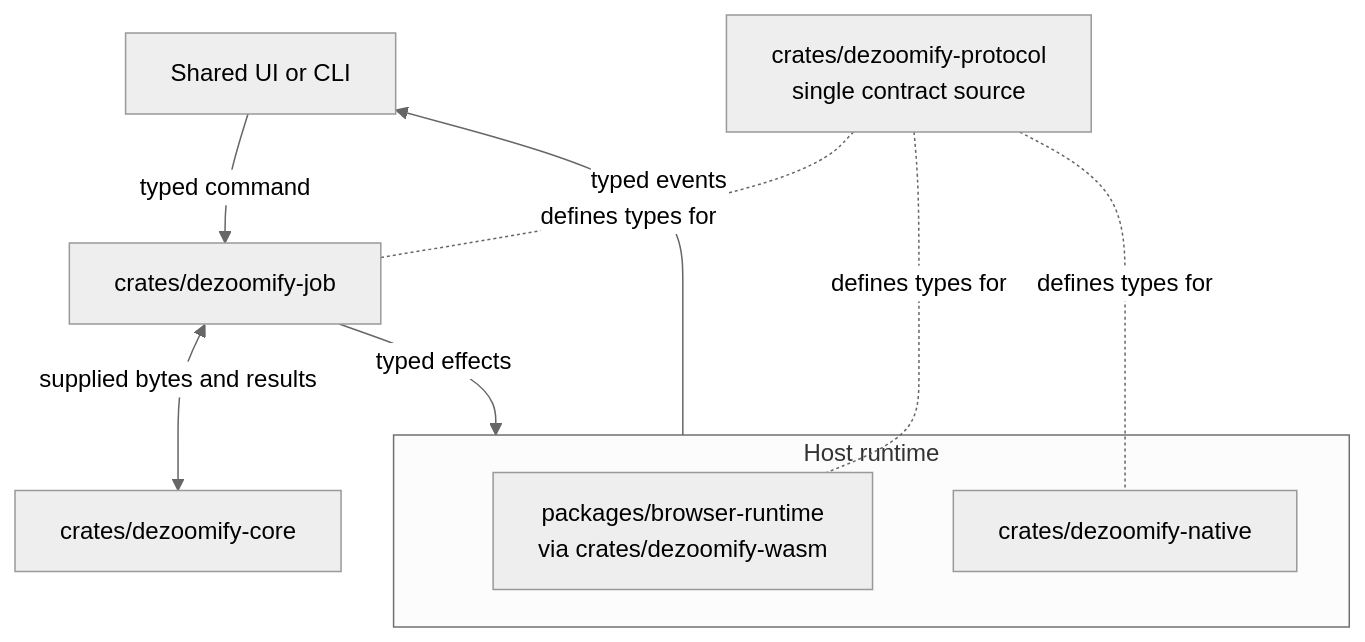
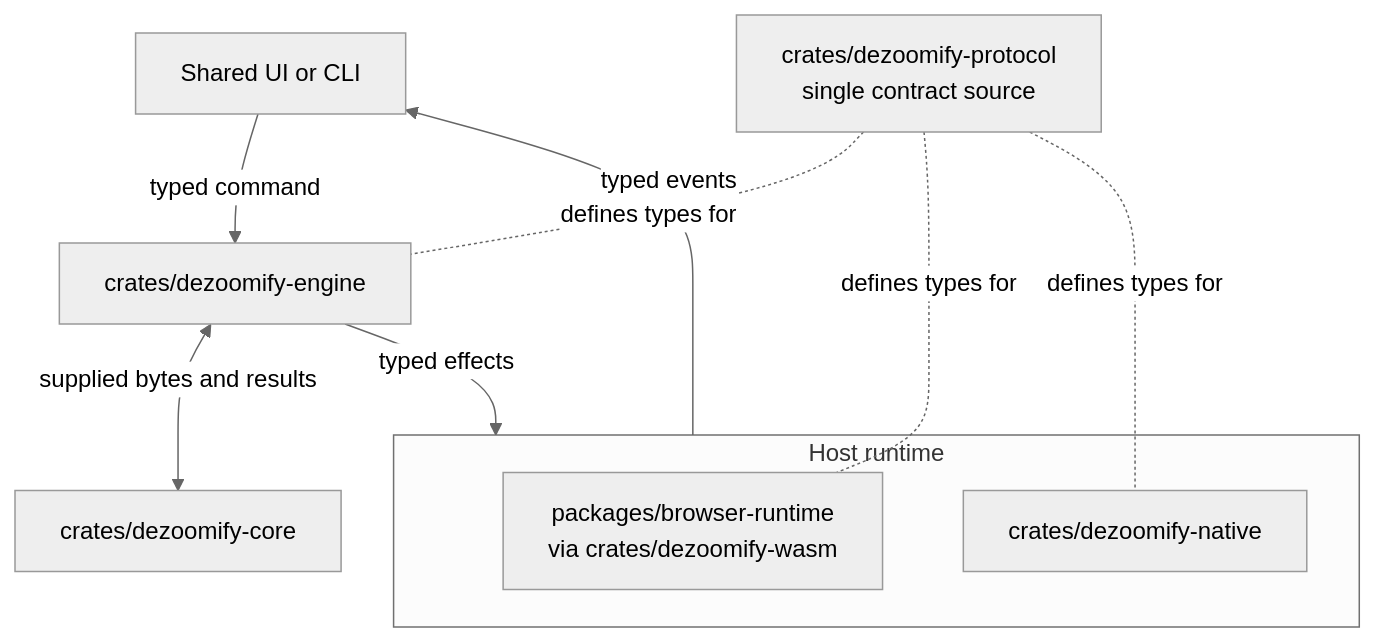
Before and after one commit to lovasoa/dezoomify: the first of 3 diagrams in docs/architecture.md, drawn with Mermaid (neutral theme). The commit also changed other lines of this file and 103 other files, not shown here.

Commit message:
Simplify: one engine crate, typed desktop choices, body-free tile ack, no shim crates

````diff
--- a/docs/architecture.md
+++ b/docs/architecture.md
@@ -5,14 +5,14 @@
 ```mermaid
 flowchart TD
-    UI[Shared UI or CLI] -->|typed command| JOB[crates/dezoomify-job]
+    UI[Shared UI or CLI] -->|typed command| JOB[crates/dezoomify-engine]
     JOB <-->|supplied bytes and results| CORE[crates/dezoomify-core]
     JOB -->|typed effects| HOST
     HOST -->|typed events| UI
     subgraph HOST[Host runtime]
         BR[packages/browser-runtime<br/>via crates/dezoomify-wasm]
         NR[crates/dezoomify-native]
     end
     PROTO[crates/dezoomify-protocol<br/>single contract source] -. defines types for .- JOB
     PROTO -. defines types for .- BR
     PROTO -. defines types for .- NR
 ```
````
